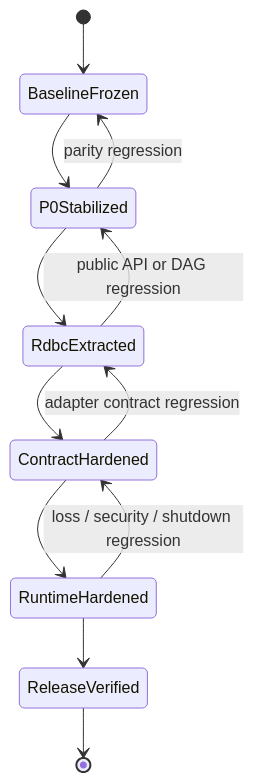
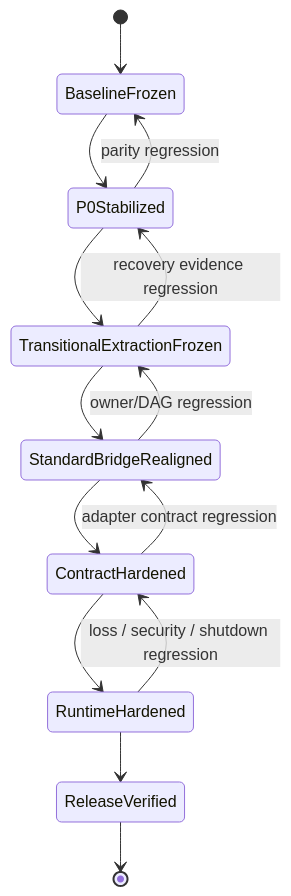
One commit to easy-4-rust/druid-rust changed the second of 2 diagrams in docs/superpowers/plans/2026-08-21-rdbc-first-master-roadmap.md. Above: the diagram before and after it, drawn with Mermaid. The commit also changed other lines of this file and 9 other files, not shown here.

Commit message:
docs(rdbc): separate JDBC standard and physical bridge

````diff
--- a/docs/superpowers/plans/2026-08-21-rdbc-first-master-roadmap.md
+++ b/docs/superpowers/plans/2026-08-21-rdbc-first-master-roadmap.md
@@ -66,15 +66,17 @@
 ```mermaid
 stateDiagram-v2
     [*] --> BaselineFrozen
     BaselineFrozen --> P0Stabilized
-    P0Stabilized --> RdbcExtracted
-    RdbcExtracted --> ContractHardened
+    P0Stabilized --> TransitionalExtractionFrozen
+    TransitionalExtractionFrozen --> StandardBridgeRealigned
+    StandardBridgeRealigned --> ContractHardened
     ContractHardened --> RuntimeHardened
     RuntimeHardened --> ReleaseVerified
     ReleaseVerified --> [*]
 
     P0Stabilized --> BaselineFrozen: parity regression
-    RdbcExtracted --> P0Stabilized: public API or DAG regression
-    ContractHardened --> RdbcExtracted: adapter contract regression
+    TransitionalExtractionFrozen --> P0Stabilized: recovery evidence regression
+    StandardBridgeRealigned --> TransitionalExtractionFrozen: owner/DAG regression
+    ContractHardened --> StandardBridgeRealigned: adapter contract regression
     RuntimeHardened --> ContractHardened: loss / security / shutdown regression
 ```
````
